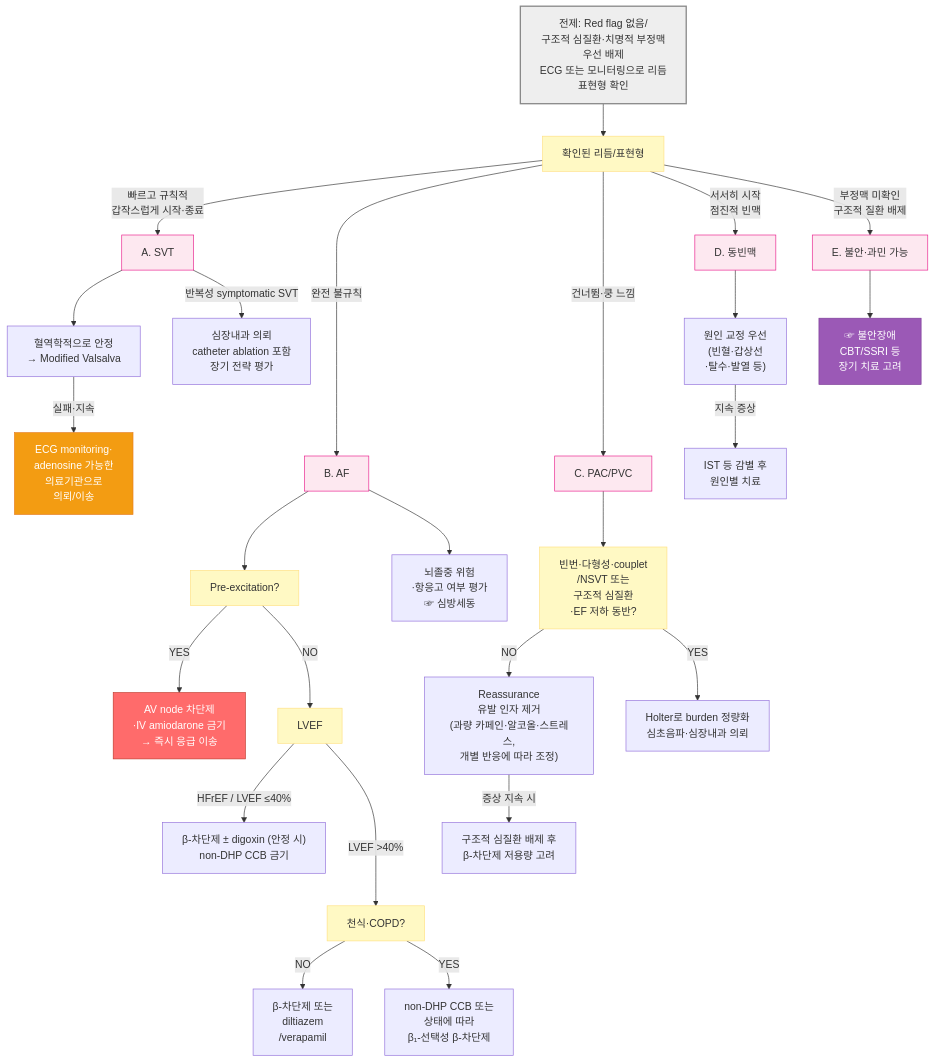
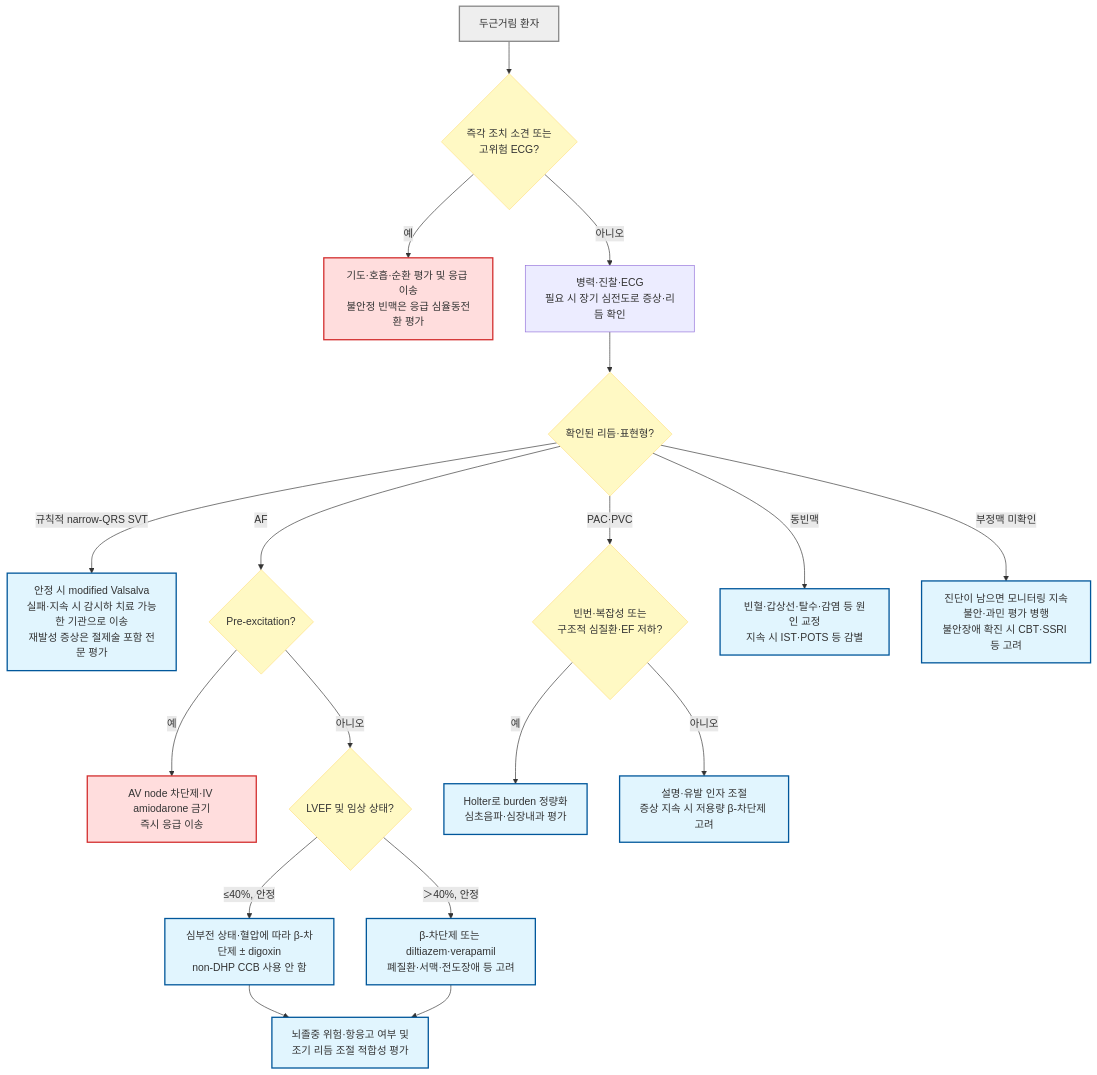
The diagram in 220_/009_-palpitation.md (familyoh77/familyoh77), drawn with Mermaid before and after one commit. The commit also changed other lines of this file and 13 other files, not shown here.

````diff
--- a/220_/009_-palpitation.md
+++ b/220_/009_-palpitation.md
@@ -206,35 +206,27 @@
 ```mermaid
-graph TD
-    Start["전제: Red flag 없음/<br/>구조적 심질환·치명적 부정맥 <br/>우선 배제<br/>ECG 또는 모니터링으로 리듬 <br/>표현형 확인"] --> Rhythm[확인된 리듬/표현형]
-    Rhythm -->|"빠르고 규칙적<br/>갑작스럽게 시작·종료"| SVT["A. SVT"]
-    Rhythm ---->|"완전 불규칙"| AF["B. AF"]
-    Rhythm ---->|"건너뜀·쿵 느낌"| PVC["C. PAC/PVC"]
-    Rhythm -->|"서서히 시작<br/>점진적 빈맥"| Sinus["D. 동빈맥"]
-    Rhythm -->|"부정맥 미확인<br/>구조적 질환 배제"| Anxiety["E. 불안·과민 가능"]
-    SVT --> Vagal["혈역학적으로 안정<br/>→ Modified Valsalva"]
-    Vagal -->|"실패·지속"| ER1["ECG monitoring·<br/>adenosine 가능한<br/>의료기관으로 <br/>의뢰/이송"]
-    SVT -->|"반복성 symptomatic SVT"| SVTref["심장내과 의뢰<br/>catheter ablation 포함 <br/>장기 전략 평가"]
-    AF --> PreEx["Pre-excitation?"]
-    PreEx -->|"YES"| WPW["AV node 차단제<br/>·IV amiodarone 금기<br/>→ 즉시 응급 이송"]
-    PreEx -->|"NO"| EF["LVEF"]
-    EF -->|"HFrEF / LVEF ≤40%"| AFhf["β-차단제 ± digoxin (안정 시)<br/>non-DHP CCB 금기"]
-    EF --->|"LVEF >40%"| Resp["천식·COPD?"]
-    Resp -->|"NO"| AFnormal["β-차단제 또는<br/>diltiazem<br/>/verapamil"]
-    Resp -->|"YES"| AFcopd["non-DHP CCB 또는<br/>상태에 따라 <br/>β₁-선택성 β-차단제"]
-    AF --> Stroke["뇌졸중 위험<br/>·항응고 여부 평가<br/>☞ 심방세동"]
-    PVC --> PVCBurden["빈번·다형성·couplet<br/>/NSVT 또는<br/> 구조적 심질환<br/>·EF 저하 동반?"]
-    PVCBurden -->|"NO"| PVC1["Reassurance<br/>유발 인자 제거<br/>(과량 카페인·알코올·스트레스,<br/>개별 반응에 따라 조정)"]
-    PVC1 -->|"증상 지속 시"| BB3["구조적 심질환 배제 후<br/>β-차단제 저용량 고려"]
-    PVCBurden -->|"YES"| PVCref["Holter로 burden 정량화<br/>심초음파·심장내과 의뢰"]
-    Sinus --> Sinus1["원인 교정 우선<br/>(빈혈·갑상선<br/>·탈수·발열 등)"]
-    Sinus1 -->|"지속 증상"| Sinus2["IST 등 감별 후<br/>원인별 치료"]
-    Anxiety --> Anxiety1["☞ 불안장애<br/>CBT/SSRI 등 <br/>장기 치료 고려"]
+flowchart TD
+    Start["두근거림 환자"] --> EmergencyQ{"즉각 조치 소견 또는<br>고위험 ECG?"}
+    EmergencyQ -- "예" --> Emergency["기도·호흡·순환 평가 및 응급 이송<br>불안정 빈맥은 응급 심율동전환 평가"]
+    EmergencyQ -- "아니오" --> Assess["병력·진찰·ECG<br>필요 시 장기 심전도로 증상·리듬 확인"]
+    Assess --> Rhythm{"확인된 리듬·표현형?"}
+    Rhythm -- "규칙적 narrow-QRS SVT" --> Vagal["안정 시 modified Valsalva<br>실패·지속 시 감시하 치료 가능한 기관으로 이송<br>재발성 증상은 절제술 포함 전문 평가"]
+    Rhythm -- "AF" --> PreEx{"Pre-excitation?"}
+    PreEx -- "예" --> WPW["AV node 차단제·IV amiodarone 금기<br>즉시 응급 이송"]
+    PreEx -- "아니오" --> EF{"LVEF 및 임상 상태?"}
+    EF -- "≤40%, 안정" --> AFhf["심부전 상태·혈압에 따라 β-차단제 ± digoxin<br>non-DHP CCB 사용 안 함"]
+    EF -- "＞40%, 안정" --> AFnormal["β-차단제 또는 diltiazem·verapamil<br>폐질환·서맥·전도장애 등 고려"]
+    AFhf --> Stroke["뇌졸중 위험·항응고 여부 및<br>조기 리듬 조절 적합성 평가"]
+    AFnormal --> Stroke
+    Rhythm -- "PAC·PVC" --> Burden{"빈번·복잡성 또는<br>구조적 심질환·EF 저하?"}
+    Burden -- "예" --> Refer["Holter로 burden 정량화<br>심초음파·심장내과 평가"]
+    Burden -- "아니오" --> Reassure["설명·유발 인자 조절<br>증상 지속 시 저용량 β-차단제 고려"]
+    Rhythm -- "동빈맥" --> Sinus["빈혈·갑상선·탈수·감염 등 원인 교정<br>지속 시 IST·POTS 등 감별"]
+    Rhythm -- "부정맥 미확인" --> Other["진단이 남으면 모니터링 지속<br>불안·과민 평가 병행<br>불안장애 확진 시 CBT·SSRI 등 고려"]
+    classDef question fill:#fff9c4,stroke:#ffe082
+    classDef treatment fill:#e1f5fe,stroke:#01579b,stroke-width:2px
+    class EmergencyQ,Rhythm,PreEx,EF,Burden question
+    class Vagal,AFhf,AFnormal,Stroke,Refer,Reassure,Sinus,Other treatment
+    style Emergency fill:#ffdddd,stroke:#d32f2f,stroke-width:2px
+    style WPW fill:#ffdddd,stroke:#d32f2f,stroke-width:2px
     style Start fill:#eeeeee,stroke:#888888,stroke-width:2px
-    style WPW fill:#ff6b6b,stroke:#c0392b,color:#fff
-    style ER1 fill:#f39c12,stroke:#e67e22,color:#fff
-    style Anxiety1 fill:#9b59b6,stroke:#7d3c98,color:#fff
-classDef yellow fill:#fff9c4,stroke:#ffe082
-class PreEx,Rhythm,EF,Resp,PVCBurden yellow
-classDef pink fill:#fde8f0,stroke:#e91e8c
-class SVT,AF,PVC,Sinus,Anxiety pink
 ```
````
